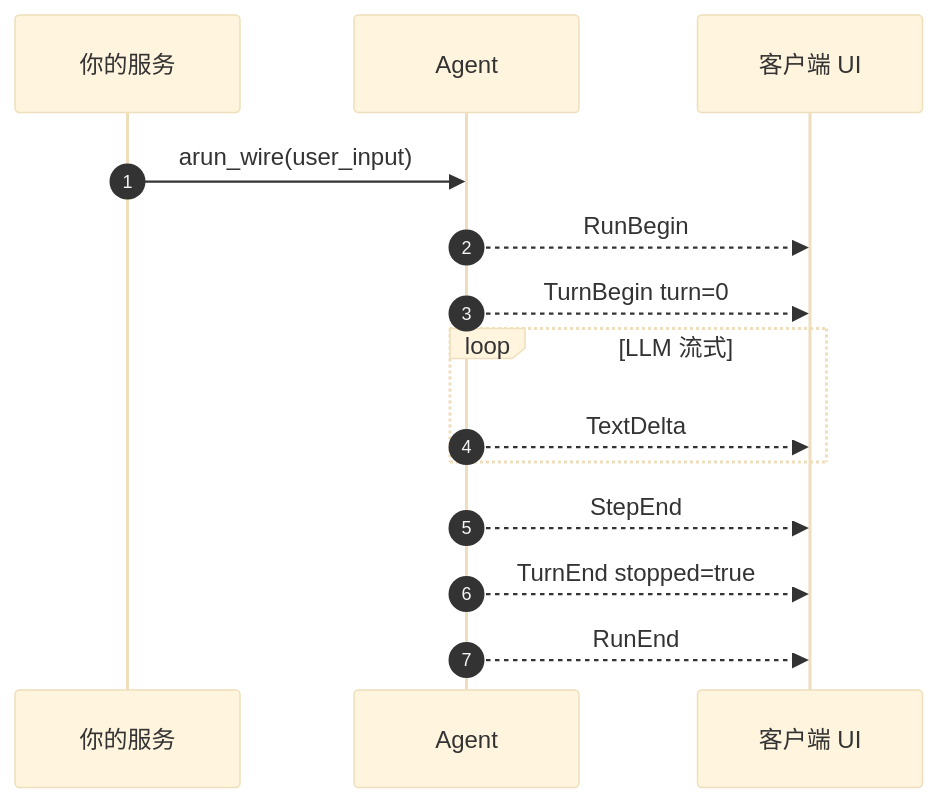
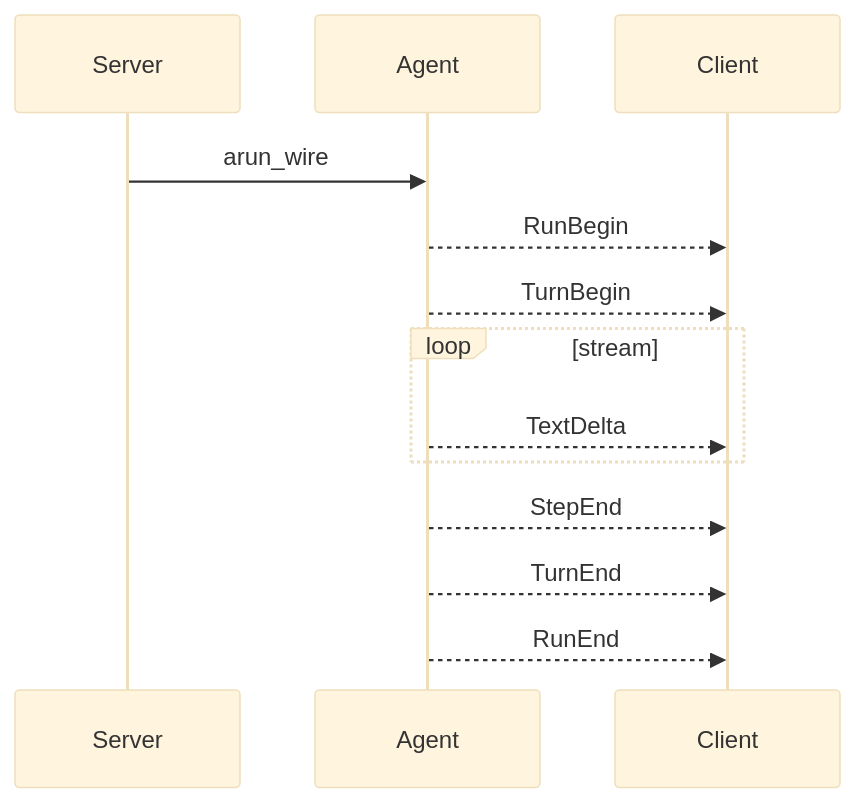
One commit to Mayerxjchen/ElectroMind changed the third of 4 diagrams in docs/zh/wire.md. Above: the diagram before and after it, drawn with Mermaid (base theme). The commit also changed other lines of this file and 23 other files, not shown here.

First line of the commit message:
docs: add Mermaid diagrams and fix rendering

````diff
--- a/docs/zh/wire.md
+++ b/docs/zh/wire.md
@@ -60,17 +38,16 @@
 ```mermaid
 sequenceDiagram
-  autonumber
-  participant App as 你的服务
-  participant Agent as Agent
-  participant Client as 客户端 UI
+  participant App as Server
+  participant Agent
+  participant Client
 
-  App->>Agent: arun_wire(user_input)
+  App->>Agent: arun_wire
   Agent-->>Client: RunBegin
-  Agent-->>Client: TurnBegin turn=0
-  loop LLM 流式
+  Agent-->>Client: TurnBegin
+  loop stream
     Agent-->>Client: TextDelta
   end
   Agent-->>Client: StepEnd
-  Agent-->>Client: TurnEnd stopped=true
+  Agent-->>Client: TurnEnd
   Agent-->>Client: RunEnd
 ```
````
